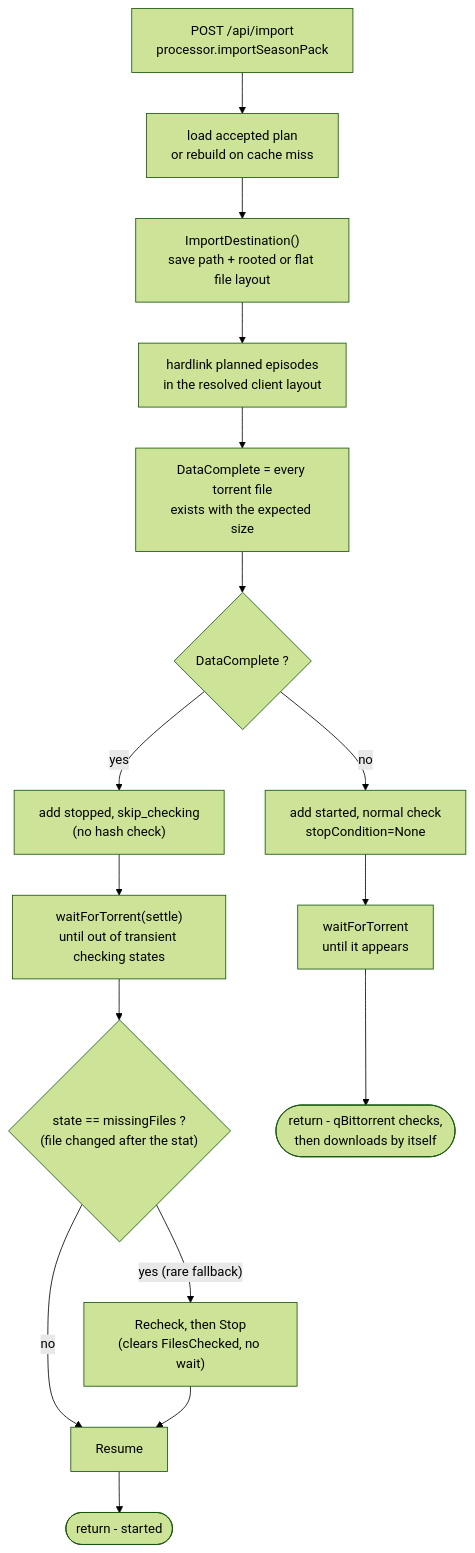
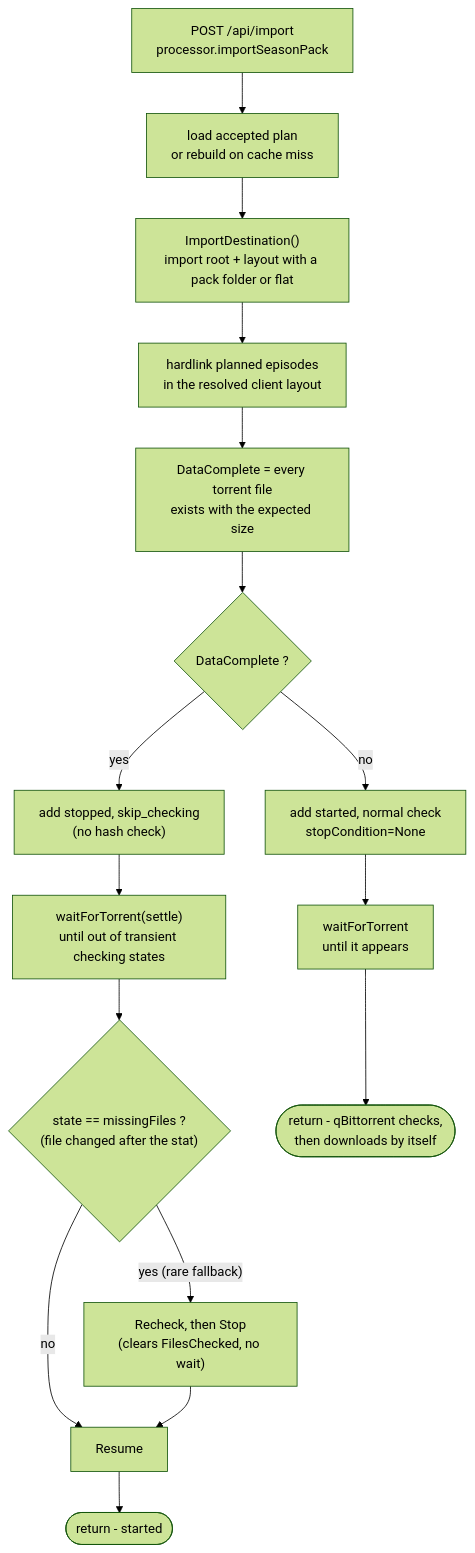
One commit to nuxencs/seasonpackarr changed the diagram in docs/design/qbittorrent-import-flow.md. Above: the diagram before and after it, drawn with Mermaid (forest theme). The commit also changed 36 other files, not shown here.

````diff
--- a/docs/design/qbittorrent-import-flow.md
+++ b/docs/design/qbittorrent-import-flow.md
@@ -39,18 +39,18 @@
 ```mermaid
 flowchart TD
     A["POST /api/import<br/>processor.importSeasonPack"] --> B["load accepted plan<br/>or rebuild on cache miss"]
-    B --> C["ImportDestination()<br/>save path + rooted or flat file layout"]
+    B --> C["ImportDestination()<br/>import root + layout with a pack folder or flat"]
     C --> D["hardlink planned episodes<br/>in the resolved client layout"]
     D --> E["DataComplete = every torrent file<br/>exists with the expected size"]
     E --> F{"DataComplete ?"}
     F -- "yes" --> G["add stopped, skip_checking<br/>(no hash check)"]
     G --> H["waitForTorrent(settle)<br/>until out of transient checking states"]
     H --> I{"state == missingFiles ?<br/>(file changed after the stat)"}
     I -- "yes (rare fallback)" --> J["Recheck, then Stop<br/>(clears FilesChecked, no wait)"]
     I -- "no" --> K["Resume"]
     J --> K
     F -- "no" --> L["add started, normal check<br/>stopCondition=None"]
     L --> M["waitForTorrent<br/>until it appears"]
     M --> N(["return - qBittorrent checks,<br/>then downloads by itself"])
     K --> O(["return - started"])
 ```
````
